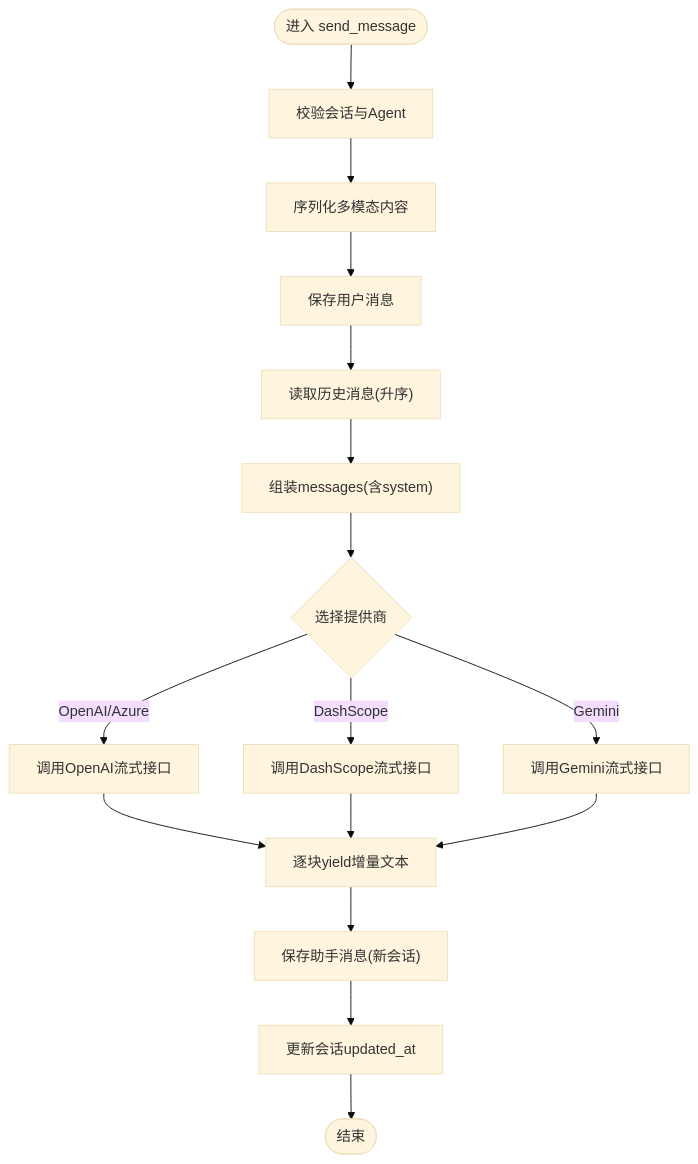
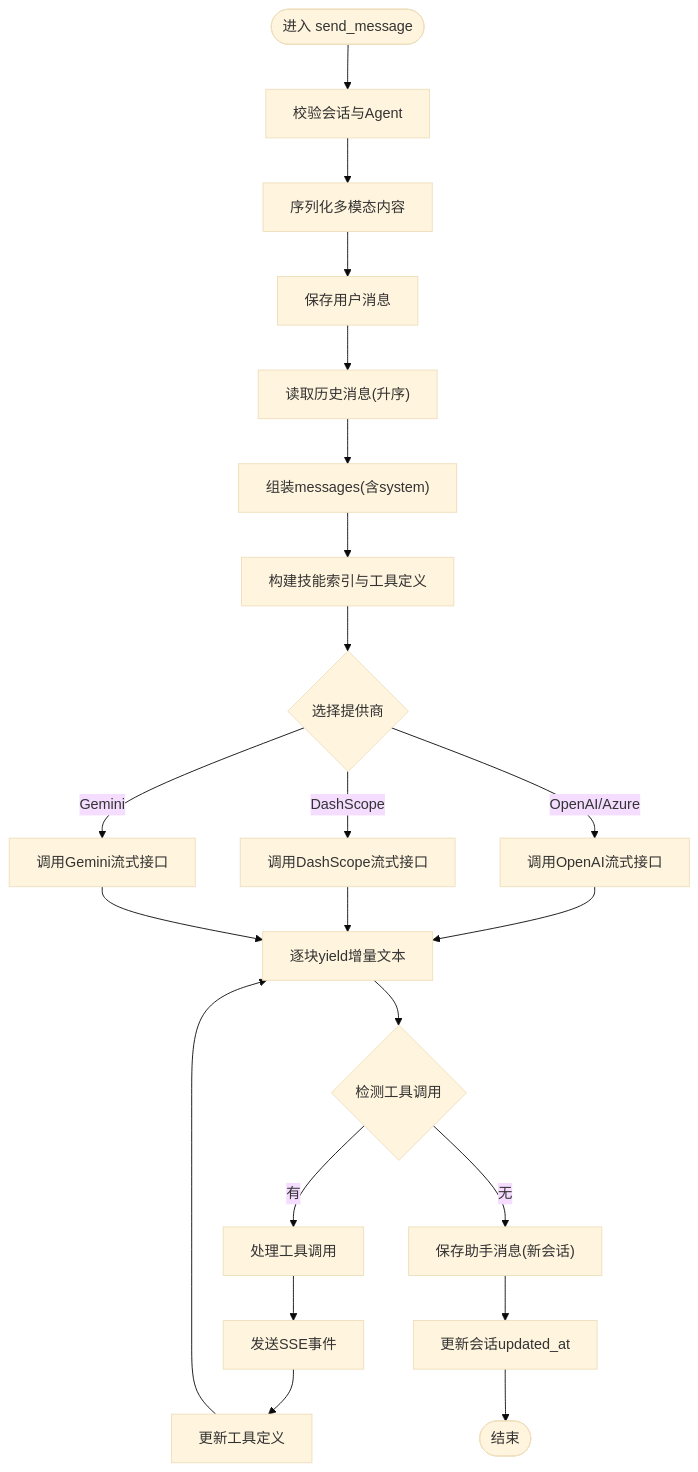
One commit to KunLabAI/KunFlix changed the third of 10 diagrams in .qoder/repowiki/zh/content/后端开发指南/API路由系统/聊天交互API.md. Above: the diagram before and after it, drawn with Mermaid (base theme). The commit also changed other lines of this file and 11 other files, not shown here.

````diff
--- a/.qoder/repowiki/zh/content/后端开发指南/API路由系统/聊天交互API.md
+++ b/.qoder/repowiki/zh/content/后端开发指南/API路由系统/聊天交互API.md
@@ -167,18 +191,24 @@
 ```mermaid
 flowchart TD
 Start(["进入 send_message"]) --> CheckSession["校验会话与Agent"]
 CheckSession --> SerializeContent["序列化多模态内容"]
 SerializeContent --> SaveUser["保存用户消息"]
 SaveUser --> LoadHistory["读取历史消息(升序)"]
 LoadHistory --> BuildMessages["组装messages(含system)"]
-BuildMessages --> CallProvider{"选择提供商"}
+BuildMessages --> BuildSkills["构建技能索引与工具定义"]
+BuildSkills --> CallProvider{"选择提供商"}
 CallProvider --> |OpenAI/Azure| OpenAI["调用OpenAI流式接口"]
 CallProvider --> |DashScope| Dash["调用DashScope流式接口"]
 CallProvider --> |Gemini| Gemini["调用Gemini流式接口"]
 OpenAI --> StreamOut["逐块yield增量文本"]
 Dash --> StreamOut
 Gemini --> StreamOut
-StreamOut --> SaveAssistant["保存助手消息(新会话)"]
+StreamOut --> ToolCalls{"检测工具调用"}
+ToolCalls --> |有| ProcessTool["处理工具调用"]
+ProcessTool --> SendEvents["发送SSE事件"]
+SendEvents --> UpdateTools["更新工具定义"]
+UpdateTools --> StreamOut
+ToolCalls --> |无| SaveAssistant["保存助手消息(新会话)"]
 SaveAssistant --> UpdateTS["更新会话updated_at"]
 UpdateTS --> End(["结束"])
 ```
````
